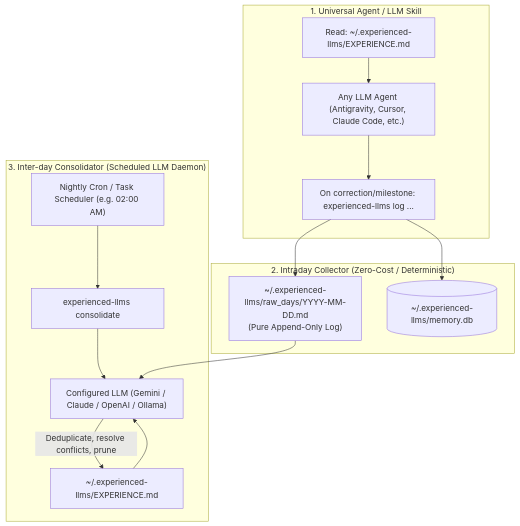
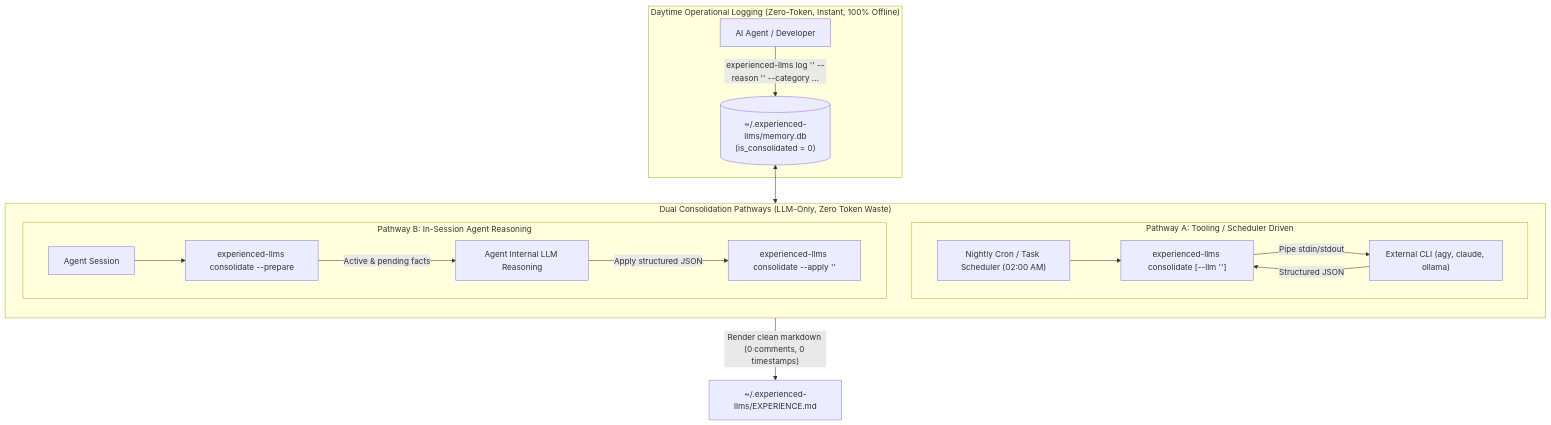
The diagram in README.md (developer88/experienced-llms), drawn with Mermaid before and after one commit. The commit also changed other lines of this file and 5 other files, not shown here.

````diff
--- a/README.md
+++ b/README.md
@@ -13,28 +33,24 @@
 ```mermaid
 flowchart TD
-    subgraph AgentSpace ["1. Universal Agent / LLM Skill"]
-        Agent["Any LLM Agent (Antigravity, Cursor, Claude Code, etc.)"]
-        ReadExp["Read: ~/.experienced-llms/EXPERIENCE.md"]
-        AppendLog["On correction/milestone: experienced-llms log ..."]
-        ReadExp --> Agent
-        Agent --> AppendLog
+    subgraph Daytime ["Daytime Operational Logging (Zero-Token, Instant, 100% Offline)"]
+        Agent["AI Agent / Developer"] -->|"experienced-llms log '<rule>' --reason '<why>' --category ..."| DB[("~/.experienced-llms/memory.db<br/>(is_consolidated = 0)")]
     end
 
-    subgraph IntradaySpace ["2. Intraday Collector (Zero-Cost / Deterministic)"]
-        AppendLog --> RawDay["~/.experienced-llms/raw_days/YYYY-MM-DD.md<br/>(Pure Append-Only Log)"]
-        AppendLog --> SQLite[("~/.experienced-llms/memory.db")]
+    subgraph Consolidation ["Dual Consolidation Pathways (LLM-Only, Zero Token Waste)"]
+        direction TB
+        subgraph PathwayA ["Pathway A: Tooling / Scheduler Driven"]
+            Cron["Nightly Cron / Task Scheduler (02:00 AM)"] --> ConsCLI["experienced-llms consolidate [--llm '<cmd>']"]
+            ConsCLI -->|"Pipe stdin/stdout"| ExtLLM["External CLI (agy, claude, ollama)"]
+            ExtLLM -->|"Structured JSON"| ConsCLI
+        end
+
+        subgraph PathwayB ["Pathway B: In-Session Agent Reasoning"]
+            AgentSched["Agent Session"] --> Prep["experienced-llms consolidate --prepare"]
+            Prep -->|"Active & pending facts"| AgentReason["Agent Internal LLM Reasoning"]
+            AgentReason -->|"Apply structured JSON"| Apply["experienced-llms consolidate --apply '<payload>'"]
+        end
     end
 
-    subgraph ScheduledSpace ["3. Inter-day Consolidator (Scheduled LLM Daemon)"]
-        Cron["Nightly Cron / Task Scheduler (e.g. 02:00 AM)"]
-        ConsolidateCLI["experienced-llms consolidate"]
-        LLM["Configured LLM (Gemini / Claude / OpenAI / Ollama)"]
-        MasterExp["~/.experienced-llms/EXPERIENCE.md"]
-
-        Cron --> ConsolidateCLI
-        ConsolidateCLI --> LLM
-        RawDay --> LLM
-        MasterExp --> LLM
-        LLM -->|"Deduplicate, resolve conflicts, prune"| MasterExp
-    end
+    DB <--> Consolidation
+    Consolidation -->|"Render clean markdown (0 comments, 0 timestamps)"| OutputFile["~/.experienced-llms/EXPERIENCE.md"]
 ```
````
